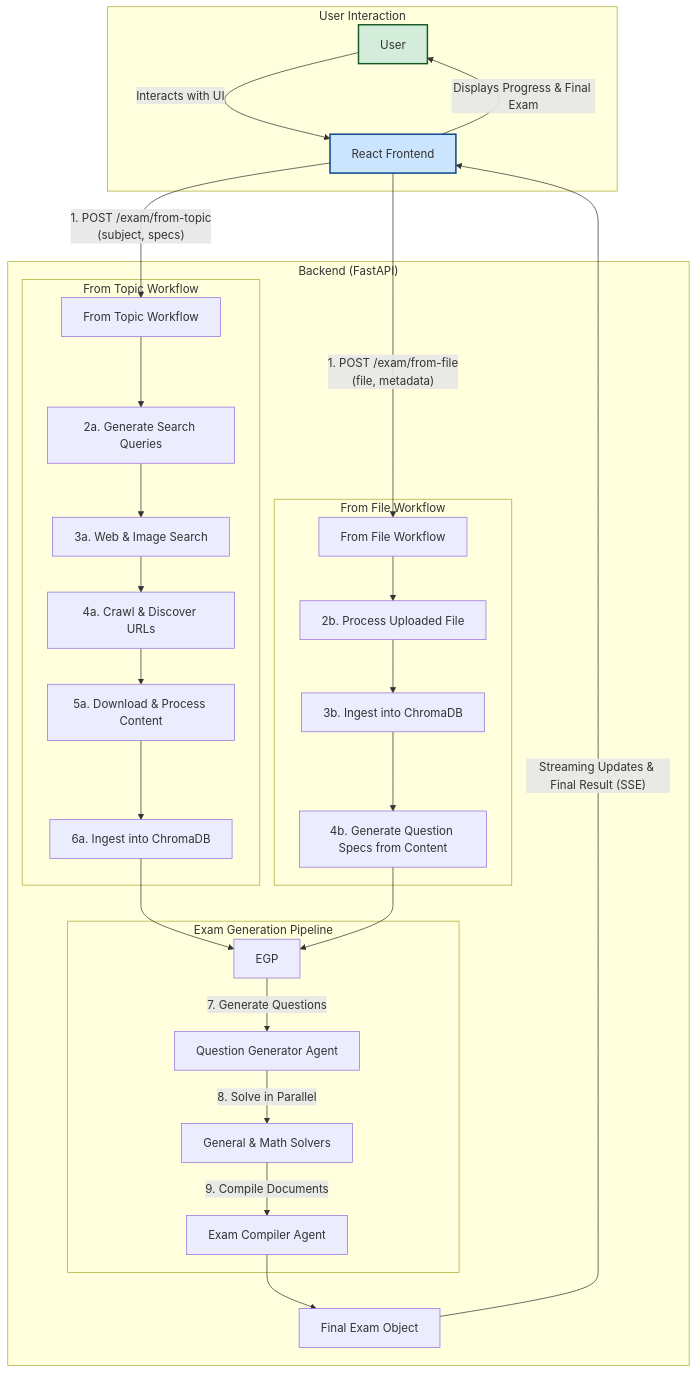
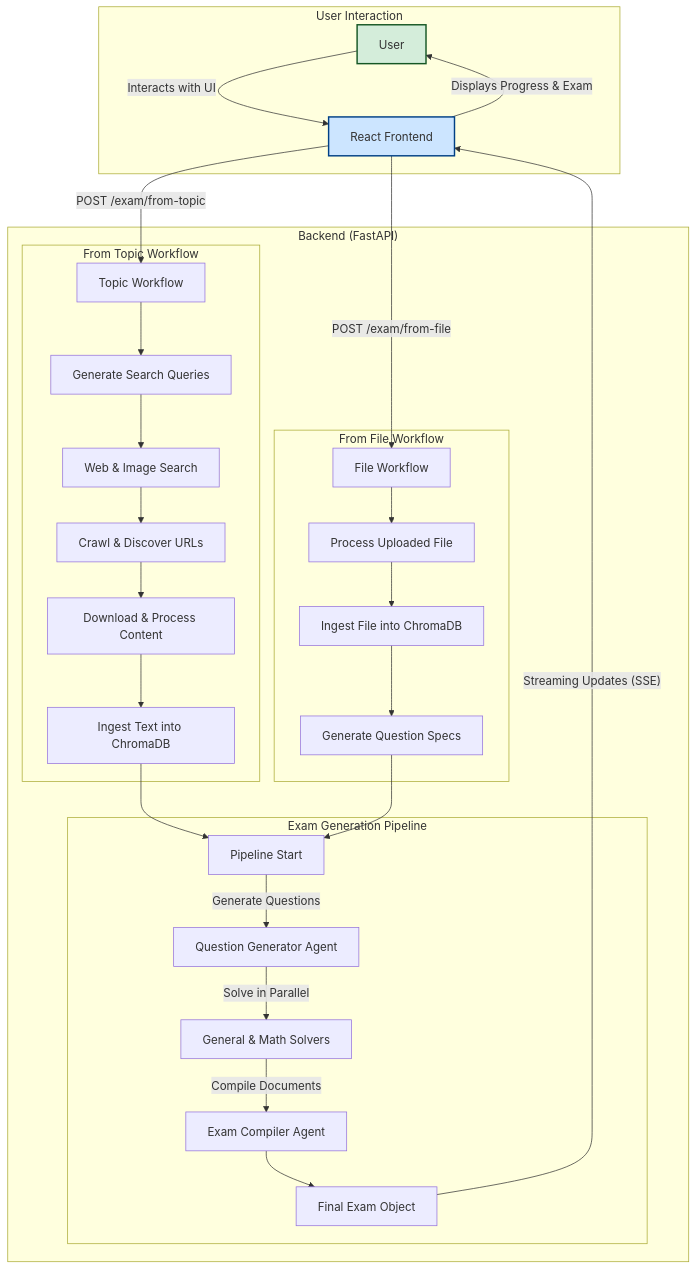
The diagram in README.md (Rah-Rah-Mitra/KaoGenie), drawn with Mermaid before and after one commit.

````diff
--- a/README.md
+++ b/README.md
@@ -35,41 +35,63 @@
 ```mermaid
 graph TD
     subgraph User Interaction
-        U[User] -- "Interacts with UI" --> FE[React Frontend]
+        U[User]
+        FE[React Frontend]
     end
 
     subgraph "Backend (FastAPI)"
-        FE -- "1. POST /exam/from-topic\n(subject, specs)" --> FT[From Topic Workflow]
-        FE -- "1. POST /exam/from-file\n(file, metadata)" --> FF[From File Workflow]
-
-        subgraph From Topic Workflow
-            FT --> QG["2a. Generate Search Queries"]
-            QG --> WS["3a. Web & Image Search"]
-            WS --> C["4a. Crawl & Discover URLs"]
-            C --> DP["5a. Download & Process Content"]
-            DP --> VSM_T["6a. Ingest into ChromaDB"]
+        subgraph "From Topic Workflow"
+            FT[Topic Workflow]
+            QG["Generate Search Queries"]
+            WS["Web & Image Search"]
+            C["Crawl & Discover URLs"]
+            DP["Download & Process Content"]
+            VSM_T["Ingest Text into ChromaDB"]
         end
 
-        subgraph From File Workflow
-            FF --> UP["2b. Process Uploaded File"]
-            UP --> VSM_F["3b. Ingest into ChromaDB"]
-            VSM_F --> SPG["4b. Generate Question Specs from Content"]
+        subgraph "From File Workflow"
+            FF[File Workflow]
+            UP["Process Uploaded File"]
+            VSM_F["Ingest File into ChromaDB"]
+            SPG["Generate Question Specs"]
         end
         
-        subgraph Exam Generation Pipeline
-            VSM_T --> EGP
-            SPG --> EGP
-            EGP -- "7. Generate Questions" --> QGA[Question Generator Agent]
-            QGA -- "8. Solve in Parallel" --> SOLV[General & Math Solvers]
-            SOLV -- "9. Compile Documents" --> COMP[Exam Compiler Agent]
+        subgraph "Exam Generation Pipeline"
+            EGP[Pipeline Start]
+            QGA[Question Generator Agent]
+            SOLV[General & Math Solvers]
+            COMP[Exam Compiler Agent]
+            FINAL[Final Exam Object]
         end
-        
-        COMP --> FINAL[Final Exam Object]
     end
     
-    FINAL -- "Streaming Updates & Final Result (SSE)" --> FE
-    FE -- "Displays Progress & Final Exam" --> U
+    %% Define Transitions - One per line for compatibility
+    U -- "Interacts with UI" --> FE
+    
+    FE -- "POST /exam/from-topic" --> FT
+    FE -- "POST /exam/from-file" --> FF
 
+    FT --> QG
+    QG --> WS
+    WS --> C
+    C --> DP
+    DP --> VSM_T
+
+    FF --> UP
+    UP --> VSM_F
+    VSM_F --> SPG
+
+    VSM_T --> EGP
+    SPG --> EGP
+    EGP -- "Generate Questions" --> QGA
+    QGA -- "Solve in Parallel" --> SOLV
+    SOLV -- "Compile Documents" --> COMP
+    COMP --> FINAL
+
+    FINAL -- "Streaming Updates (SSE)" --> FE
+    FE -- "Displays Progress & Exam" --> U
+
+    %% Define Styles
     style U fill:#d4edda,stroke:#155724,stroke-width:2px
     style FE fill:#cce5ff,stroke:#004085,stroke-width:2px
 ```
````
